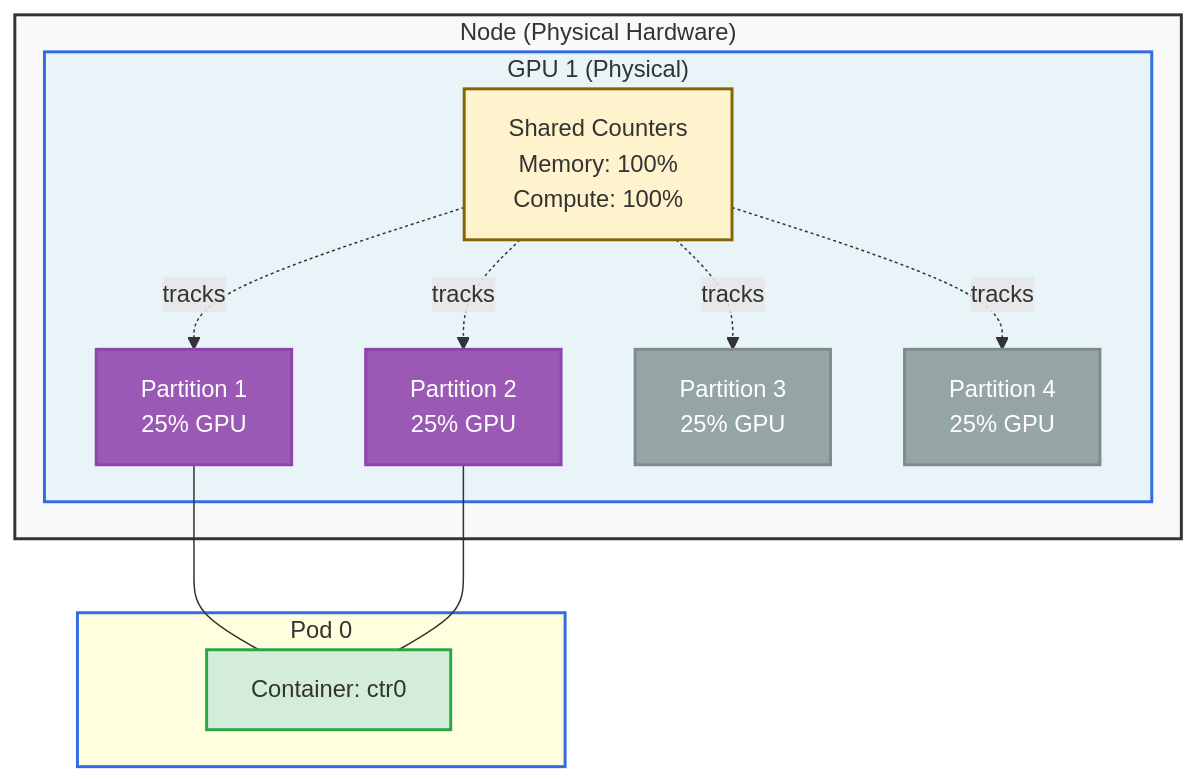
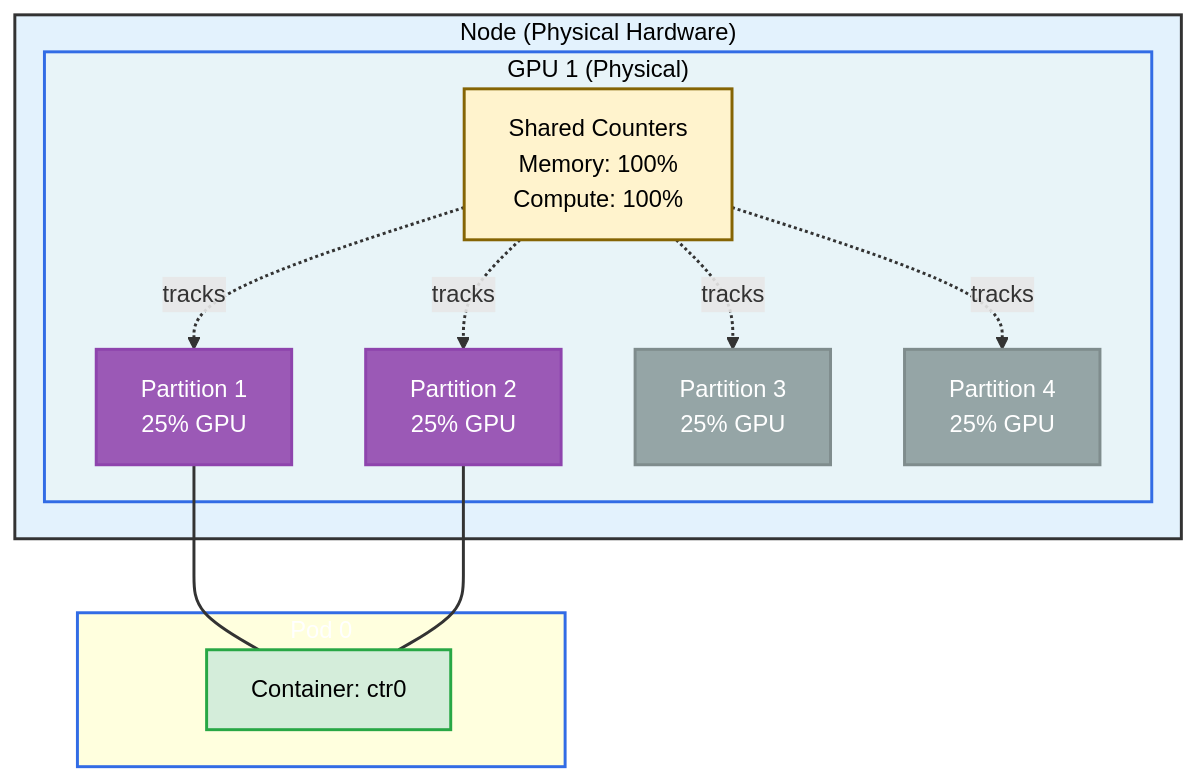
Before and after one commit to kubernetes-sigs/dra-example-driver: the diagram in demo/examples/partitionable-devices/README.md, drawn with Mermaid. The commit also changed 10 other files, not shown here.

````diff
--- a/demo/examples/partitionable-devices/README.md
+++ b/demo/examples/partitionable-devices/README.md
@@ -14,33 +14,36 @@
 ```mermaid
 graph TD
     subgraph Node["Node (Physical Hardware)"]
         subgraph GPU1["GPU 1 (Physical)"]
             SC1["Shared Counters<br/>Memory: 100%<br/>Compute: 100%"]
             P1["Partition 1<br/>25% GPU"]
             P2["Partition 2<br/>25% GPU"]
             P3["Partition 3<br/>25% GPU"]
             P4["Partition 4<br/>25% GPU"]
             SC1 -.tracks.-> P1
             SC1 -.tracks.-> P2
             SC1 -.tracks.-> P3
             SC1 -.tracks.-> P4
         end
     end
     
     subgraph Pod["Pod 0"]
         C1["Container: ctr0"]
     end
     
     P1 --- C1
     P2 --- C1
     
-    style Node fill:#f9f9f9,stroke:#333,stroke-width:2px
-    style GPU1 fill:#e8f4f8,stroke:#326ce5,stroke-width:2px
-    style SC1 fill:#fff3cd,stroke:#856404,stroke-width:2px
+    style Node fill:#e3f2fd,stroke:#333,stroke-width:2px,color:#000
+    style GPU1 fill:#e8f4f8,stroke:#326ce5,stroke-width:2px,color:#000
+    style SC1 fill:#fff3cd,color:#000,stroke:#856404,stroke-width:2px
     style P1 fill:#9b59b6,color:#fff,stroke:#8e44ad,stroke-width:2px
     style P2 fill:#9b59b6,color:#fff,stroke:#8e44ad,stroke-width:2px
     style P3 fill:#95a5a6,color:#fff,stroke:#7f8c8d,stroke-width:2px
     style P4 fill:#95a5a6,color:#fff,stroke:#7f8c8d,stroke-width:2px
-    style Pod stroke:#326ce5,stroke-width:2px
-    style C1 fill:#d4edda,stroke:#28a745,stroke-width:2px
+    style Pod stroke:#326ce5,stroke-width:2px,color:#fff
+    style C1 fill:#d4edda,color:#000,stroke:#28a745,stroke-width:2px
+    
+    linkStyle 0,1,2,3 stroke:#333,stroke-width:2px
+    linkStyle 4,5 stroke:#333,stroke-width:2px
 ```
````
